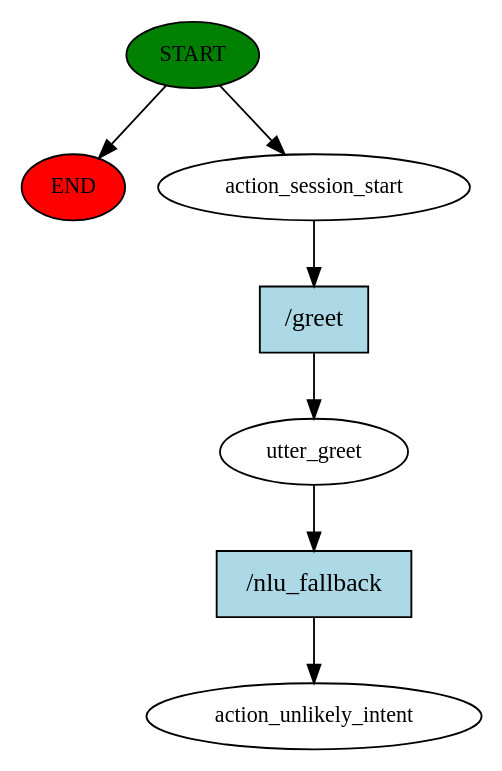
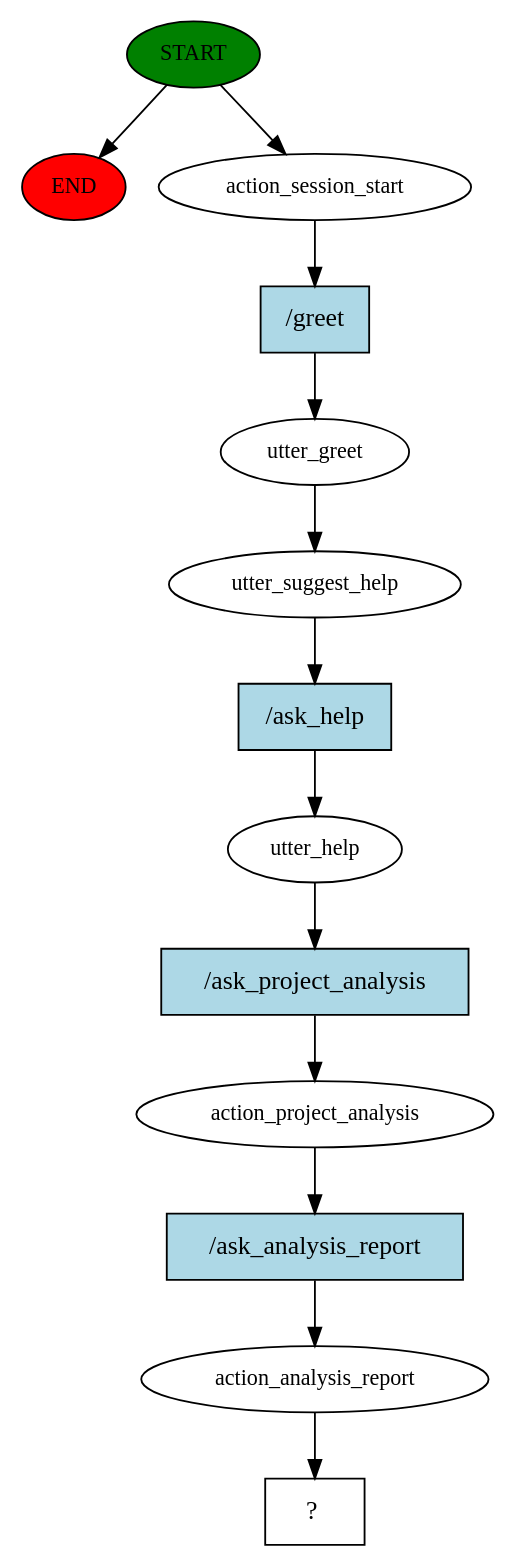
One commit to FrancescoPinto02/CAMILLE changed the diagram in story_graph.dot. Above: the diagram before and after it, drawn with Graphviz. The commit also changed 10 other files, not shown here.

```diff
--- a/story_graph.dot
+++ b/story_graph.dot
@@ -1,15 +1,27 @@
 digraph  {
 0 [class="start active", fillcolor=green, fontsize=12, label=START, style=filled];
 "-1" [class=end, fillcolor=red, fontsize=12, label=END, style=filled];
 1 [class=active, fontsize=12, label=action_session_start];
 2 [class=active, fontsize=12, label=utter_greet];
-3 [class="dashed active", fontsize=12, label=action_unlikely_intent];
-4 [class="intent active", fillcolor=lightblue, label="/greet", shape=rect, style=filled];
-5 [class="intent active", fillcolor=lightblue, label="/nlu_fallback", shape=rect, style=filled];
+3 [class=active, fontsize=12, label=utter_suggest_help];
+4 [class=active, fontsize=12, label=utter_help];
+5 [class=active, fontsize=12, label=action_project_analysis];
+6 [class=active, fontsize=12, label=action_analysis_report];
+7 [class="intent dashed active", label="  ?  ", shape=rect];
+8 [class="intent active", fillcolor=lightblue, label="/greet", shape=rect, style=filled];
+9 [class="intent active", fillcolor=lightblue, label="/ask_help", shape=rect, style=filled];
+10 [class="intent active", fillcolor=lightblue, label="/ask_project_analysis", shape=rect, style=filled];
+11 [class="intent active", fillcolor=lightblue, label="/ask_analysis_report", shape=rect, style=filled];
 0 -> "-1"  [class="", key=NONE, label=""];
 0 -> 1  [class=active, key=NONE, label=""];
-1 -> 4  [class=active, key=0];
-2 -> 5  [class=active, key=0];
-4 -> 2  [class=active, key=0];
-5 -> 3  [class=active, key=0];
+1 -> 8  [class=active, key=0];
+2 -> 3  [class=active, key=NONE, label=""];
+3 -> 9  [class=active, key=0];
+4 -> 10  [class=active, key=0];
+5 -> 11  [class=active, key=0];
+6 -> 7  [class=active, key=NONE, label=""];
+8 -> 2  [class=active, key=0];
+9 -> 4  [class=active, key=0];
+10 -> 5  [class=active, key=0];
+11 -> 6  [class=active, key=0];
 }
```
